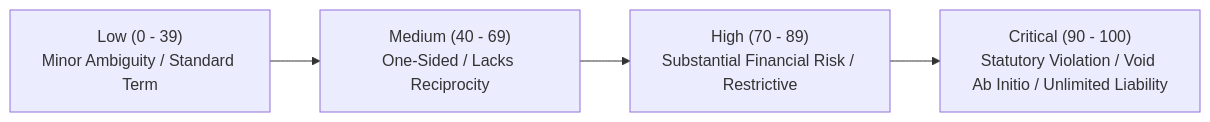
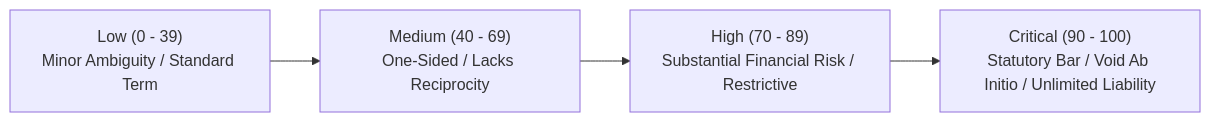
One commit to Yatharthnagpal/review changed the second of 4 diagrams in 05_LABEL_TAXONOMY.md. Above: the diagram before and after it, drawn with Mermaid. The commit also changed other lines of this file and 18 other files, not shown here.

````diff
--- a/05_LABEL_TAXONOMY.md
+++ b/05_LABEL_TAXONOMY.md
@@ -57,6 +78,6 @@
 ```mermaid
 graph LR
     Low["Low (0 - 39)<br/>Minor Ambiguity / Standard Term"] --> Medium["Medium (40 - 69)<br/>One-Sided / Lacks Reciprocity"]
     Medium --> High["High (70 - 89)<br/>Substantial Financial Risk / Restrictive"]
-    High --> Critical["Critical (90 - 100)<br/>Statutory Violation / Void Ab Initio / Unlimited Liability"]
+    High --> Critical["Critical (90 - 100)<br/>Statutory Bar / Void Ab Initio / Unlimited Liability"]
 ```
````
